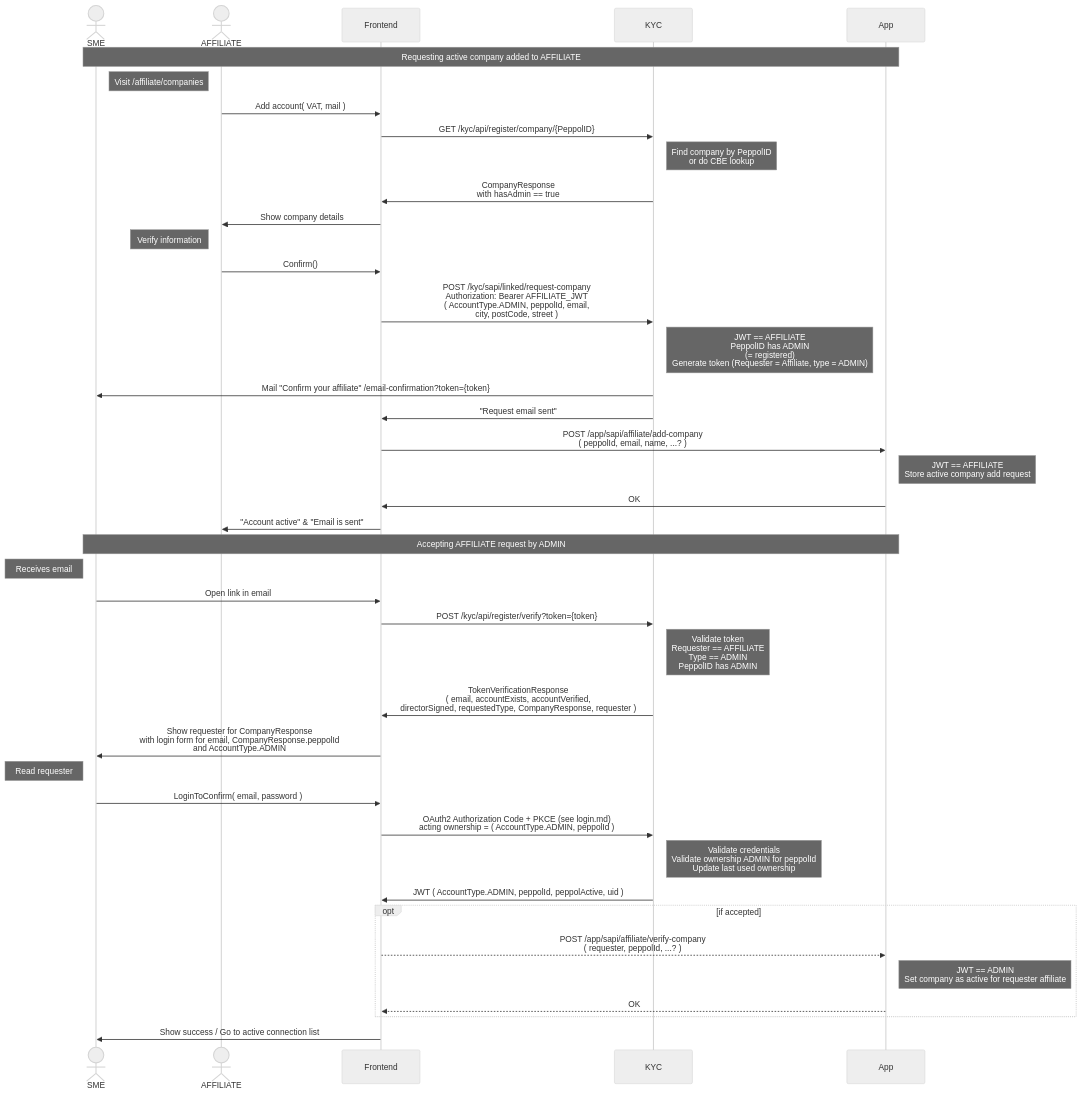
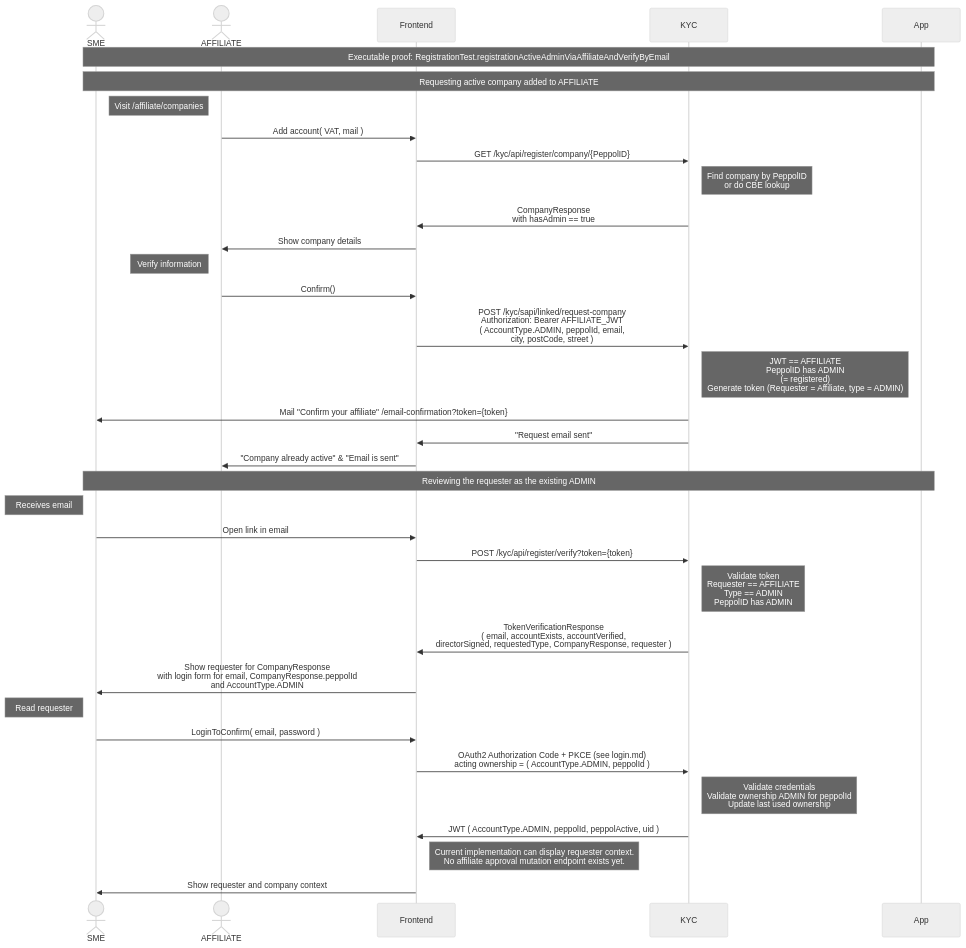
The diagram in readme/registration-active-admin-via-affiliate-and-verify-by-email.md (letspeppol/letspeppol), drawn with Mermaid (neutral theme) before and after one commit. The commit also changed other lines of this file and 60 other files, not shown here.

````diff
--- a/readme/registration-active-admin-via-affiliate-and-verify-by-email.md
+++ b/readme/registration-active-admin-via-affiliate-and-verify-by-email.md
@@ -3,47 +5,42 @@
 ```mermaid
 sequenceDiagram
     actor SME as SME
     actor AFFILIATE as AFFILIATE
     participant Frontend as Frontend
     participant KYC as KYC
     participant App as App
+
+    Note over SME, App: Executable proof: RegistrationTest.registrationActiveAdminViaAffiliateAndVerifyByEmail
 
 Note over SME, App: Requesting active company added to AFFILIATE
     Note left of AFFILIATE: Visit /affiliate/companies
     AFFILIATE ->> Frontend: Add account( VAT, mail )
     Frontend ->> KYC: GET /kyc/api/register/company/{PeppolID}
     Note right of KYC: Find company by PeppolID <br> or do CBE lookup
     KYC ->> Frontend: CompanyResponse <br> with hasAdmin == true
     Frontend ->> AFFILIATE: Show company details
 
     Note left of AFFILIATE: Verify information
     AFFILIATE ->> Frontend: Confirm()
     Frontend ->> KYC: POST /kyc/sapi/linked/request-company <br> Authorization: Bearer AFFILIATE_JWT <br> ( AccountType.ADMIN, peppolId, email, <br> city, postCode, street )
     Note right of KYC: JWT == AFFILIATE <br> PeppolID has ADMIN <br>(= registered) <br> Generate token (Requester = Affiliate, type = ADMIN)
     KYC ->> SME: Mail "Confirm your affiliate" /email-confirmation?token={token}
     KYC ->> Frontend: "Request email sent"
-    Frontend ->> App: POST /app/sapi/affiliate/add-company <br> ( peppolId, email, name, ...? )
-    Note right of App: JWT == AFFILIATE <br> Store active company add request
-    App ->> Frontend: OK
-    Frontend ->> AFFILIATE: "Account active" & "Email is sent"
+    Frontend ->> AFFILIATE: "Company already active" & "Email is sent"
 
-Note over SME, App: Accepting AFFILIATE request by ADMIN
+Note over SME, App: Reviewing the requester as the existing ADMIN
     Note left of SME: Receives email
     SME ->> Frontend: Open link in email
     Frontend ->> KYC: POST /kyc/api/register/verify?token={token}
     Note right of KYC: Validate token <br> Requester == AFFILIATE <br> Type == ADMIN <br> PeppolID has ADMIN
     KYC ->> Frontend: TokenVerificationResponse <br> ( email, accountExists, accountVerified, <br> directorSigned, requestedType, CompanyResponse, requester )
     Frontend ->> SME: Show requester for CompanyResponse <br> with login form for email, CompanyResponse.peppolId <br> and AccountType.ADMIN
 
     Note left of SME: Read requester
     SME ->> Frontend: LoginToConfirm( email, password )
     Frontend ->> KYC: OAuth2 Authorization Code + PKCE (see login.md) <br> acting ownership = ( AccountType.ADMIN, peppolId )
     Note right of KYC: Validate credentials <br> Validate ownership ADMIN for peppolId <br> Update last used ownership
     KYC ->> Frontend: JWT ( AccountType.ADMIN, peppolId, peppolActive, uid )
-    opt if accepted
-        Frontend -->> App: POST /app/sapi/affiliate/verify-company <br> ( requester, peppolId, ...? )
-        Note right of App: JWT == ADMIN <br> Set company as active for requester affiliate
-        App -->> Frontend: OK
-    end
-    Frontend ->> SME: Show success / Go to active connection list
+    Note right of Frontend: Current implementation can display requester context. <br> No affiliate approval mutation endpoint exists yet.
+    Frontend ->> SME: Show requester and company context
 ```
````
